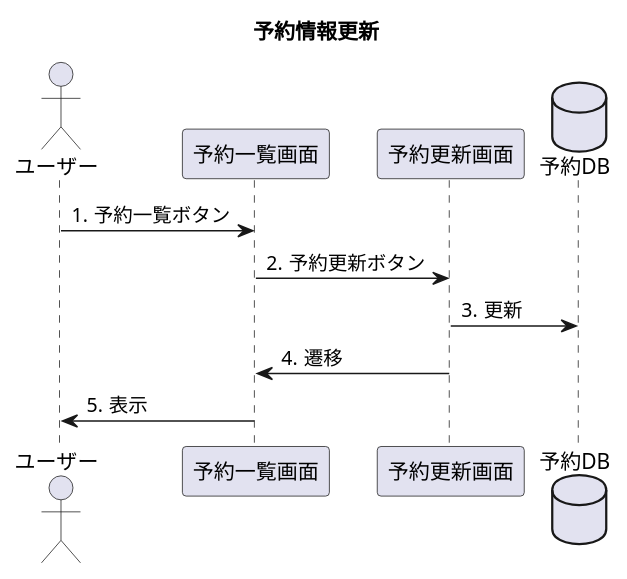
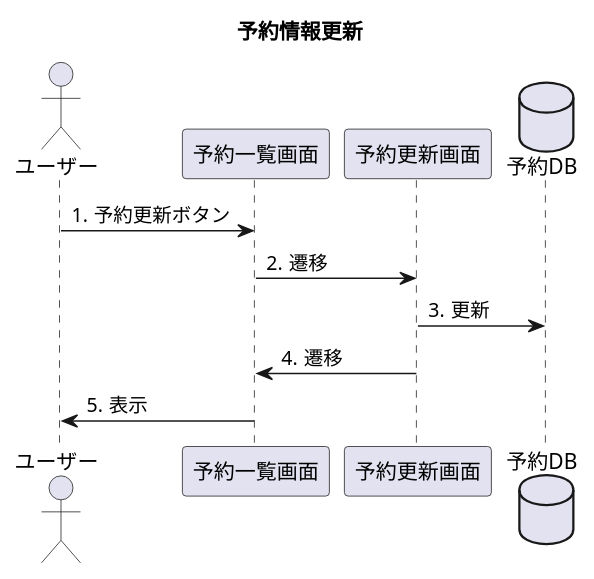
Before and after one commit to Tyamanaka07/WebSystem: the diagram in UML/seq_bookingUpdate.pu, drawn with PlantUML. The commit also changed 3 other files, not shown here.

```diff
--- a/UML/seq_bookingUpdate.pu
+++ b/UML/seq_bookingUpdate.pu
@@ -1,18 +1,18 @@
 @startuml
 title 予約情報更新
 
 autonumber "#."
 
 actor ユーザー
 participant 予約一覧画面
 participant 予約更新画面
 database 予約DB
 
-ユーザー->予約一覧画面:予約一覧ボタン
-予約一覧画面->予約更新画面 : 予約更新ボタン
-予約更新画面->予約DB : 更新
-予約更新画面->予約一覧画面 : 遷移
-予約一覧画面->ユーザー : 表示
+ユーザー -> 予約一覧画面 : 予約更新ボタン
+予約一覧画面  -> 予約更新画面 : 遷移
+予約更新画面 -> 予約DB : 更新
+予約更新画面 -> 予約一覧画面 : 遷移
+予約一覧画面 -> ユーザー : 表示
 
 
 @enduml
```
